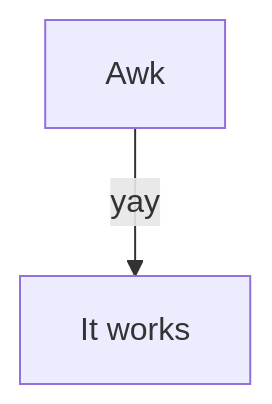
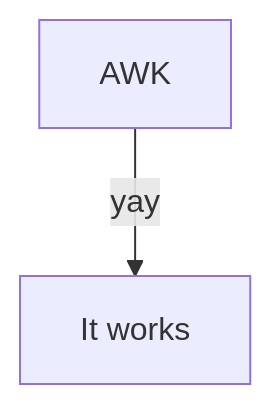
Before and after one commit to richelbilderbeek/awk_course: the diagram in docs/morning_session/overview.md, drawn with Mermaid. The commit also changed other lines of this file and 1 other file, not shown here.

Commit message:
What is AWK?

````diff
--- a/docs/morning_session/overview.md
+++ b/docs/morning_session/overview.md
@@ -24,6 +24,6 @@
 ```mermaid
 flowchart TD
-    awk[Awk]
+    awk[AWK]
     it_works[It works]
     awk --> |yay| it_works
 ```
````
